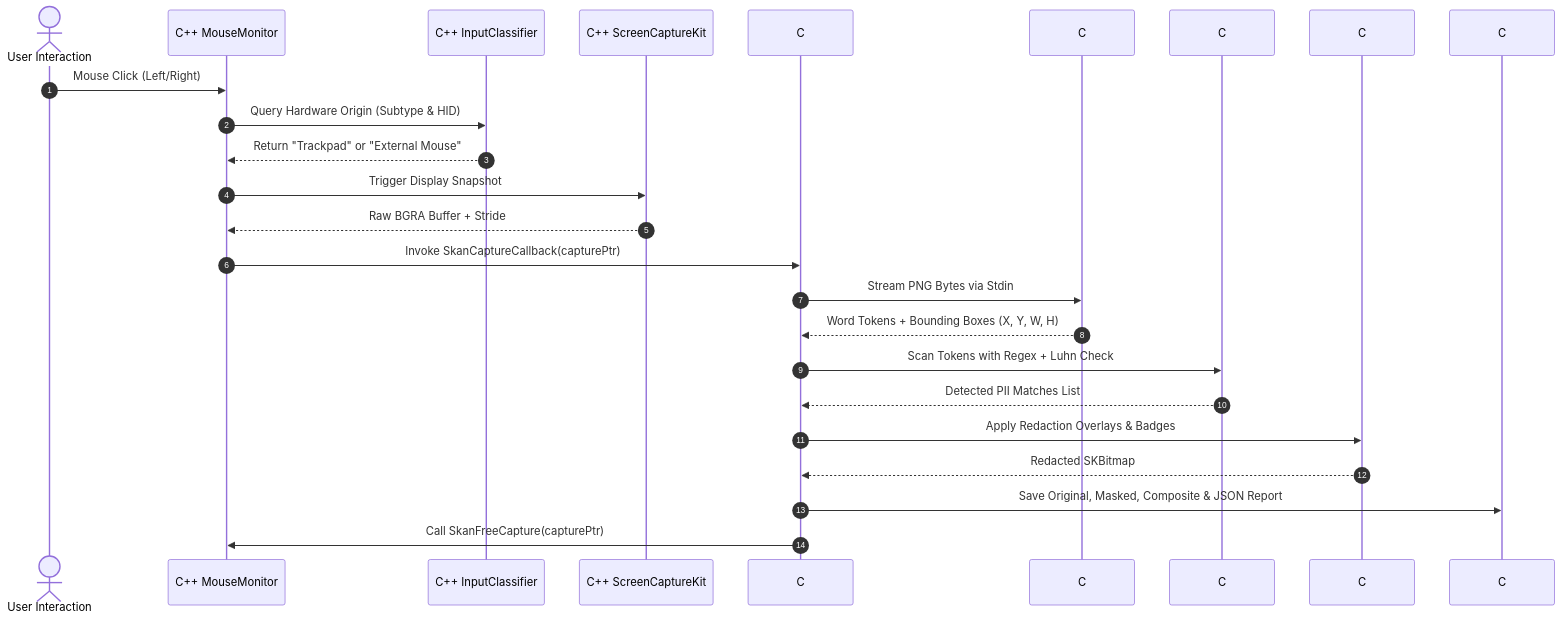
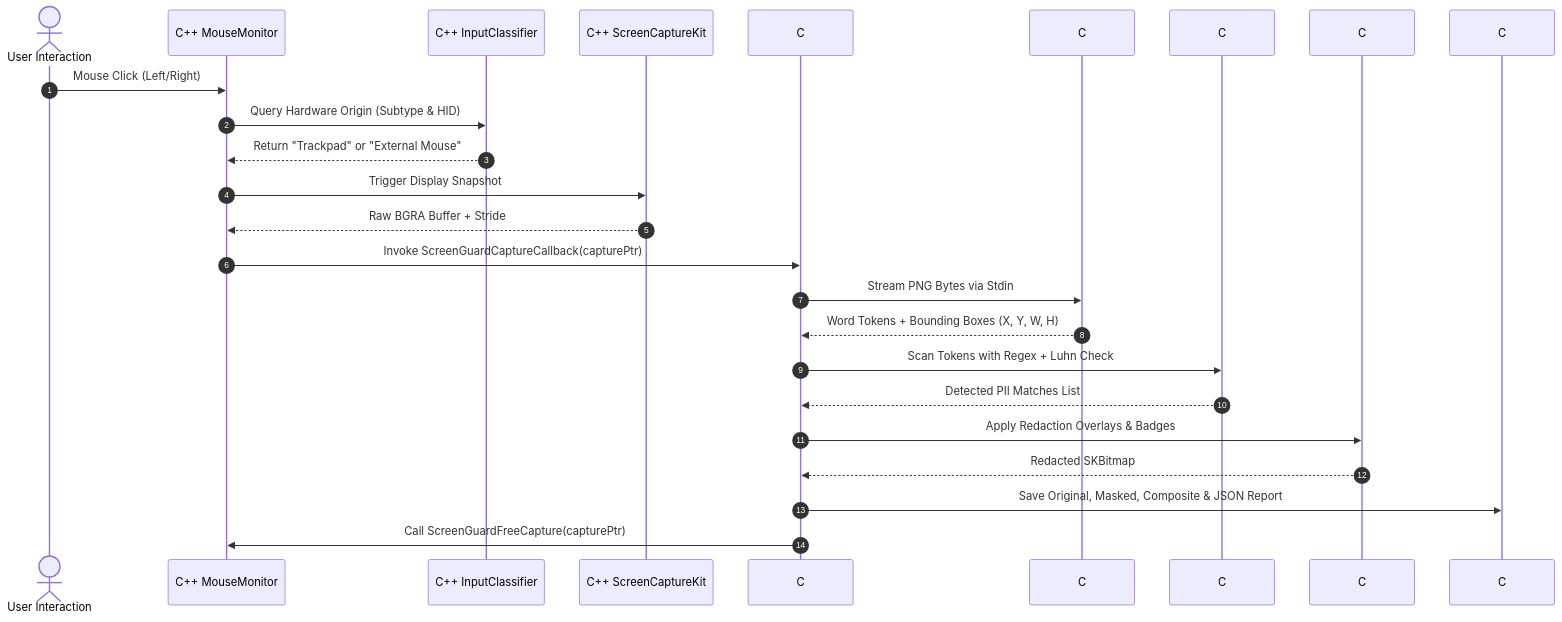
One commit to Deeps72-ux/screenguard-pii-masker changed the second of 2 diagrams in docs/HLD.md. Above: the diagram before and after it, drawn with Mermaid. The commit also changed other lines of this file and 30 other files, not shown here.

Commit message:
refactor: rename all APIs, classes, and namespaces to ScreenGuard, removing legacy names

````diff
--- a/docs/HLD.md
+++ b/docs/HLD.md
@@ -112,28 +112,28 @@
 ```mermaid
 sequenceDiagram
     autonumber
     actor User as User Interaction
     participant Native as C++ MouseMonitor
     participant Classifier as C++ InputClassifier
     participant Capture as C++ ScreenCaptureKit
     participant Interop as C# NativeInterop
     participant OCR as C# OcrEngine
     participant PII as C# PiiDetector
     participant Masker as C# PiiMasker
     participant Disk as C# DiskWriter
 
     User->>Native: Mouse Click (Left/Right)
     Native->>Classifier: Query Hardware Origin (Subtype & HID)
     Classifier-->>Native: Return "Trackpad" or "External Mouse"
     Native->>Capture: Trigger Display Snapshot
     Capture-->>Native: Raw BGRA Buffer + Stride
-    Native->>Interop: Invoke SkanCaptureCallback(capturePtr)
+    Native->>Interop: Invoke ScreenGuardCaptureCallback(capturePtr)
     Interop->>OCR: Stream PNG Bytes via Stdin
     OCR-->>Interop: Word Tokens + Bounding Boxes (X, Y, W, H)
     Interop->>PII: Scan Tokens with Regex + Luhn Check
     PII-->>Interop: Detected PII Matches List
     Interop->>Masker: Apply Redaction Overlays & Badges
     Masker-->>Interop: Redacted SKBitmap
     Interop->>Disk: Save Original, Masked, Composite & JSON Report
-    Interop->>Native: Call SkanFreeCapture(capturePtr)
+    Interop->>Native: Call ScreenGuardFreeCapture(capturePtr)
 ```
````
